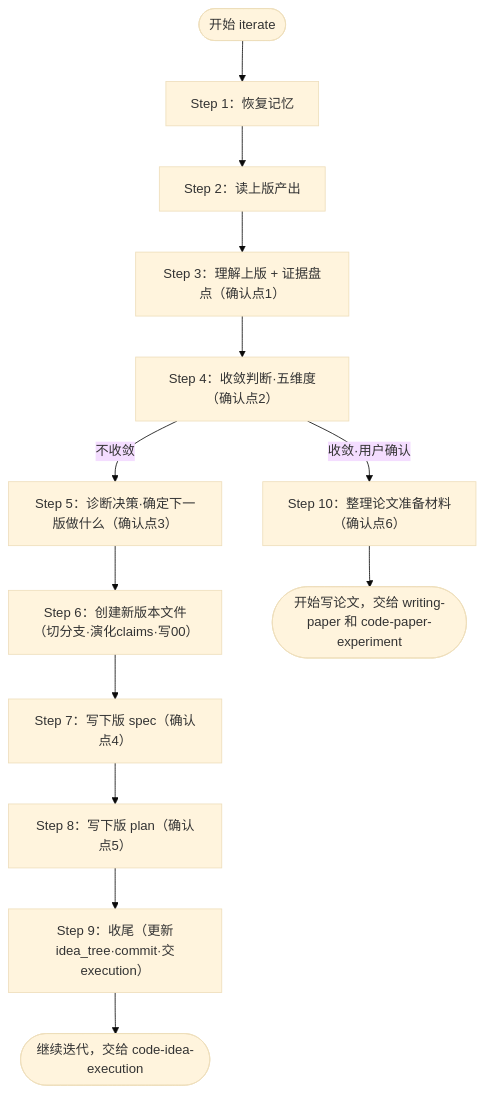
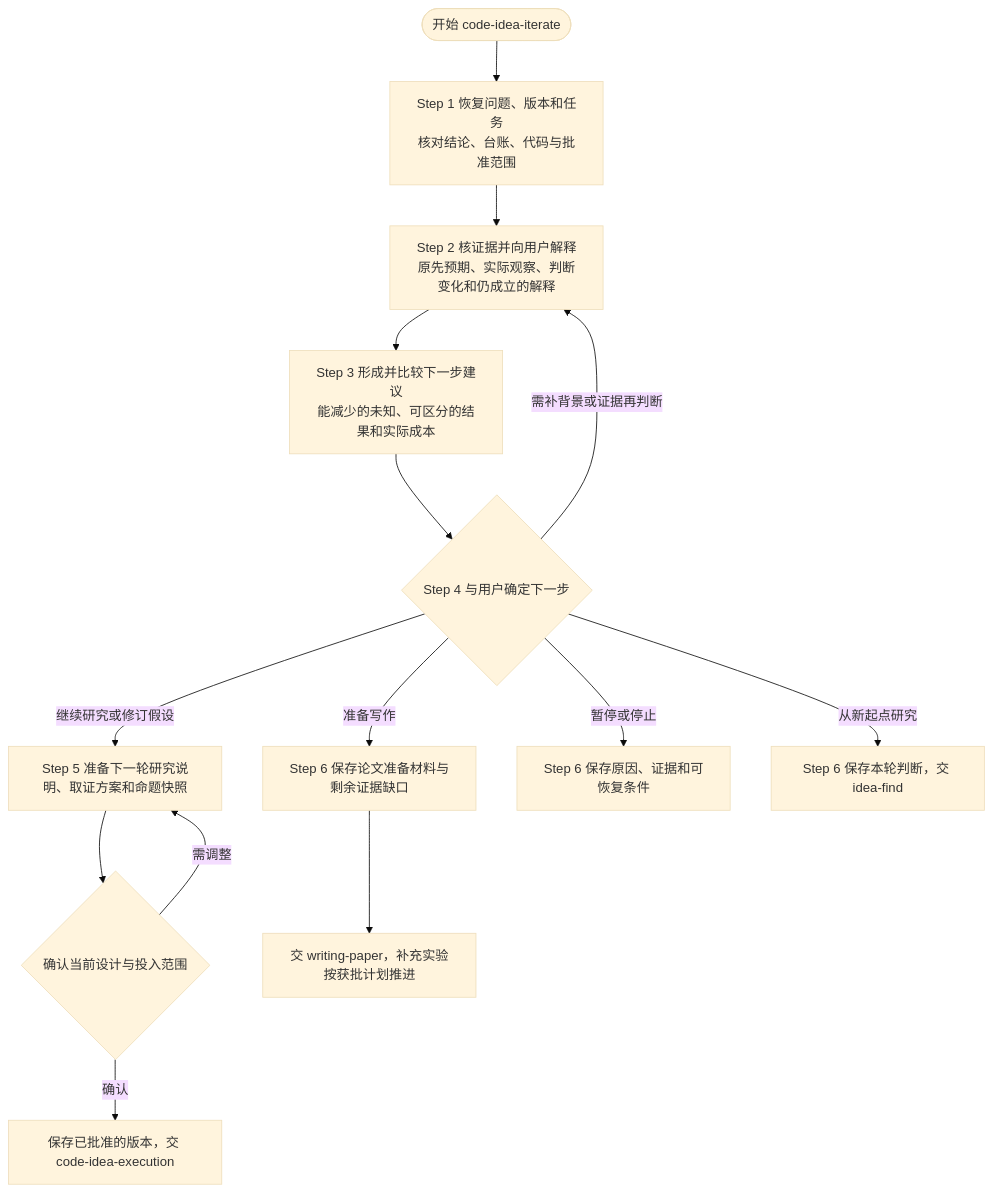
Before and after one commit to jackwang0108/dl-assistant: the second of 2 diagrams in plugins/dl-assistant/skills/code-idea-iterate/SKILL.md, drawn with Mermaid (base theme). The commit also changed other lines of this file and 14 other files, not shown here.

````diff
--- a/plugins/dl-assistant/skills/code-idea-iterate/SKILL.md
+++ b/plugins/dl-assistant/skills/code-idea-iterate/SKILL.md
@@ -117,15 +55,16 @@
 ```mermaid
 flowchart TD
-    START(["开始 iterate"]) --> S1["Step 1：恢复记忆"]
-    S1 --> S2["Step 2：读上版产出"]
-    S2 --> S3["Step 3：理解上版 + 证据盘点（确认点1）"]
-    S3 --> S4["Step 4：收敛判断·五维度（确认点2）"]
-    S4 -->|不收敛| S5["Step 5：诊断决策·确定下一版做什么（确认点3）"]
-    S4 -->|收敛·用户确认| S10["Step 10：整理论文准备材料（确认点6）"]
-    S5 --> S6["Step 6：创建新版本文件（切分支·演化claims·写00）"]
-    S6 --> S7["Step 7：写下版 spec（确认点4）"]
-    S7 --> S8["Step 8：写下版 plan（确认点5）"]
-    S8 --> S9["Step 9：收尾（更新idea_tree·commit·交execution）"]
-    S9 --> AEND(["继续迭代，交给 code-idea-execution"])
-    S10 --> BEND(["开始写论文，交给 writing-paper 和 code-paper-experiment"])
+    START(["开始 code-idea-iterate"]) --> S1["Step 1 恢复问题、版本和任务<br/>核对结论、台账、代码与批准范围"]
+    S1 --> S2["Step 2 核证据并向用户解释<br/>原先预期、实际观察、判断变化和仍成立的解释"]
+    S2 --> S3["Step 3 形成并比较下一步建议<br/>能减少的未知、可区分的结果和实际成本"]
+    S3 --> S4{"Step 4 与用户确定下一步"}
+    S4 -->|"需补背景或证据再判断"| S2
+    S4 -->|"继续研究或修订假设"| S5["Step 5 准备下一轮研究说明、取证方案和命题快照"]
+    S5 --> REVIEW{"确认当前设计与投入范围"}
+    REVIEW -->|"需调整"| S5
+    REVIEW -->|"确认"| EX["保存已批准的版本，交 code-idea-execution"]
+    S4 -->|"准备写作"| WRITE["Step 6 保存论文准备材料与剩余证据缺口"]
+    WRITE --> PKG["交 writing-paper，补充实验按获批计划推进"]
+    S4 -->|"暂停或停止"| HOLD["Step 6 保存原因、证据和可恢复条件"]
+    S4 -->|"从新起点研究"| IF["Step 6 保存本轮判断，交 idea-find"]
 ```
````
